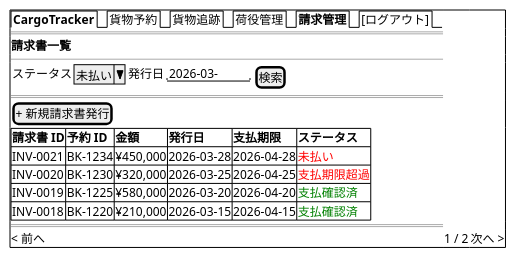
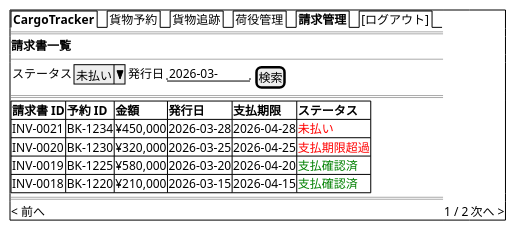
Before and after one commit to k2works/case-study-cargo-tracker: diagram 24 of 26 in docs/design/ui_design.md, drawn with PlantUML. The commit also changed other lines of this file and 3 other files, not shown here.

````diff
--- a/docs/design/ui_design.md
+++ b/docs/design/ui_design.md
@@ -1059,24 +1494,23 @@
 ```plantuml
 @startsalt
 {+
   {/ <b>CargoTracker</b> | 貨物予約 | 貨物追跡 | 荷役管理 | <b>請求管理</b> | [ログアウト] }
   ==
   <b>請求書一覧</b>
   --
   {
     ステータス | ^未払い^ | 発行日 | "2026-03-  " | [検索]
   }
   ==
-  [+ 新規請求書発行]
   {#
     **請求書 ID** | **予約 ID** | **金額** | **発行日**   | **支払期限** | **ステータス**
     INV-0021      | BK-1234     | ¥450,000 | 2026-03-28   | 2026-04-28   | <color:red>未払い</color>
     INV-0020      | BK-1230     | ¥320,000 | 2026-03-25   | 2026-04-25   | <color:red>支払期限超過</color>
     INV-0019      | BK-1225     | ¥580,000 | 2026-03-20   | 2026-04-20   | <color:green>支払確認済</color>
     INV-0018      | BK-1220     | ¥210,000 | 2026-03-15   | 2026-04-15   | <color:green>支払確認済</color>
   }
   ==
   < 前へ | 1 / 2 | 次へ >
 }
 @endsalt
 ```
````
